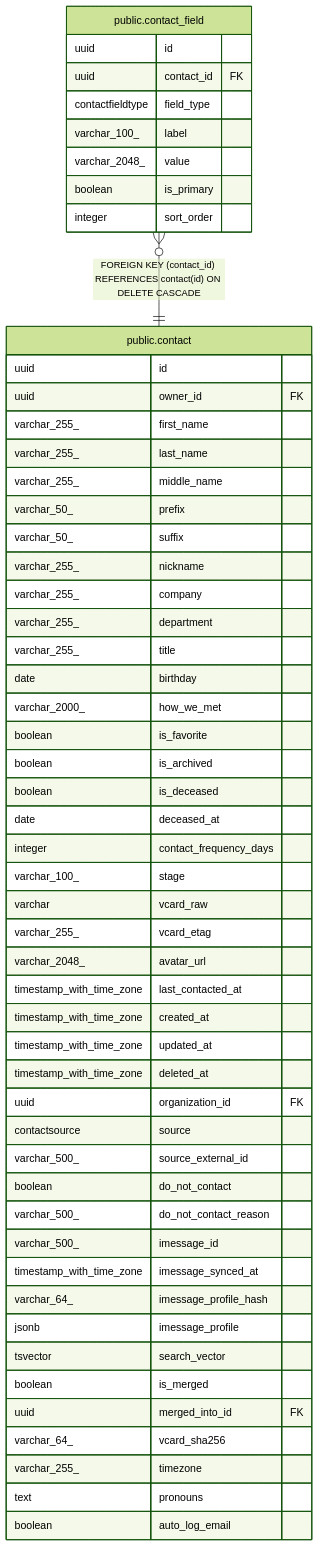
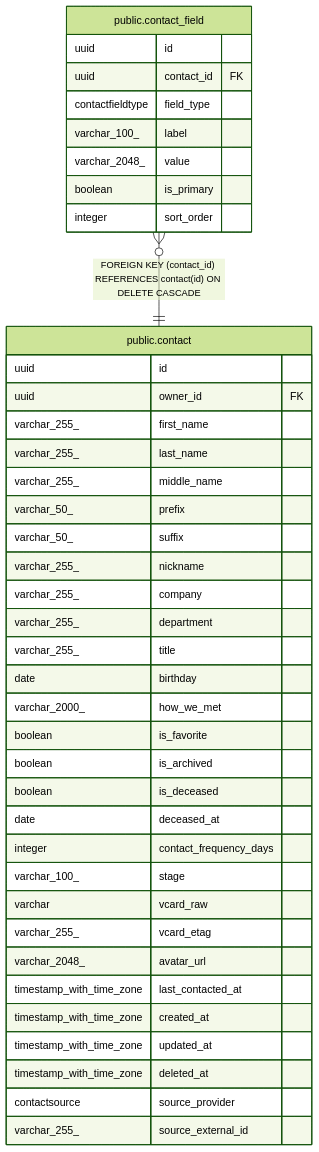
One commit to pike00/Kindred changed the diagram in docs/db/public.contact_field.md. Above: the diagram before and after it, drawn with Mermaid (forest theme). The commit also changed 30 other files, not shown here.

````diff
--- a/docs/db/public.contact_field.md
+++ b/docs/db/public.contact_field.md
@@ -44,59 +44,45 @@
 ```mermaid
 erDiagram
 
 "public.contact_field" }o--|| "public.contact" : "FOREIGN KEY (contact_id) REFERENCES contact(id) ON DELETE CASCADE"
 
 "public.contact_field" {
   uuid id
   uuid contact_id FK
   contactfieldtype field_type
   varchar_100_ label
   varchar_2048_ value
   boolean is_primary
   integer sort_order
 }
 "public.contact" {
   uuid id
   uuid owner_id FK
   varchar_255_ first_name
   varchar_255_ last_name
   varchar_255_ middle_name
   varchar_50_ prefix
   varchar_50_ suffix
   varchar_255_ nickname
   varchar_255_ company
   varchar_255_ department
   varchar_255_ title
   date birthday
   varchar_2000_ how_we_met
   boolean is_favorite
   boolean is_archived
   boolean is_deceased
   date deceased_at
   integer contact_frequency_days
   varchar_100_ stage
   varchar vcard_raw
   varchar_255_ vcard_etag
   varchar_2048_ avatar_url
   timestamp_with_time_zone last_contacted_at
   timestamp_with_time_zone created_at
   timestamp_with_time_zone updated_at
   timestamp_with_time_zone deleted_at
-  uuid organization_id FK
-  contactsource source
-  varchar_500_ source_external_id
-  boolean do_not_contact
-  varchar_500_ do_not_contact_reason
-  varchar_500_ imessage_id
-  timestamp_with_time_zone imessage_synced_at
-  varchar_64_ imessage_profile_hash
-  jsonb imessage_profile
-  tsvector search_vector
-  boolean is_merged
-  uuid merged_into_id FK
-  varchar_64_ vcard_sha256
-  varchar_255_ timezone
-  text pronouns
-  boolean auto_log_email
+  contactsource source_provider
+  varchar_255_ source_external_id
 }
 ```
````
